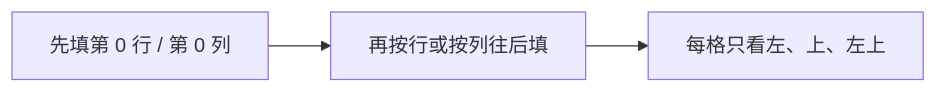
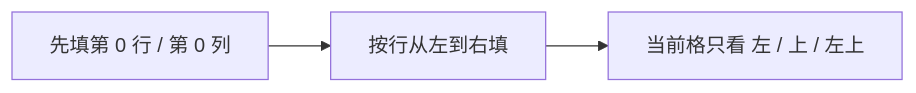
One commit to freeedoooooo/algs changed the fifth of 5 diagrams in my-notes/01-基础巩固/13-暴力递归到动态规划2-尝试模型/14-尝试模型3-多样本位置全对应-最长公共子序列.md. Above: the diagram before and after it, drawn with Mermaid. The commit also changed other lines of this file, not shown here.

````diff
--- a/my-notes/01-基础巩固/13-暴力递归到动态规划2-尝试模型/14-尝试模型3-多样本位置全对应-最长公共子序列.md
+++ b/my-notes/01-基础巩固/13-暴力递归到动态规划2-尝试模型/14-尝试模型3-多样本位置全对应-最长公共子序列.md
@@ -275,5 +275,5 @@
 ```mermaid
 graph LR
-    A["先填第 0 行 / 第 0 列"] --> B["再按行或按列往后填"]
-    B --> C["每格只看左、上、左上"]
+    A["先填第 0 行 / 第 0 列"] --> B["按行从左到右填"]
+    B --> C["当前格只看 左 / 上 / 左上"]
 ```
````
